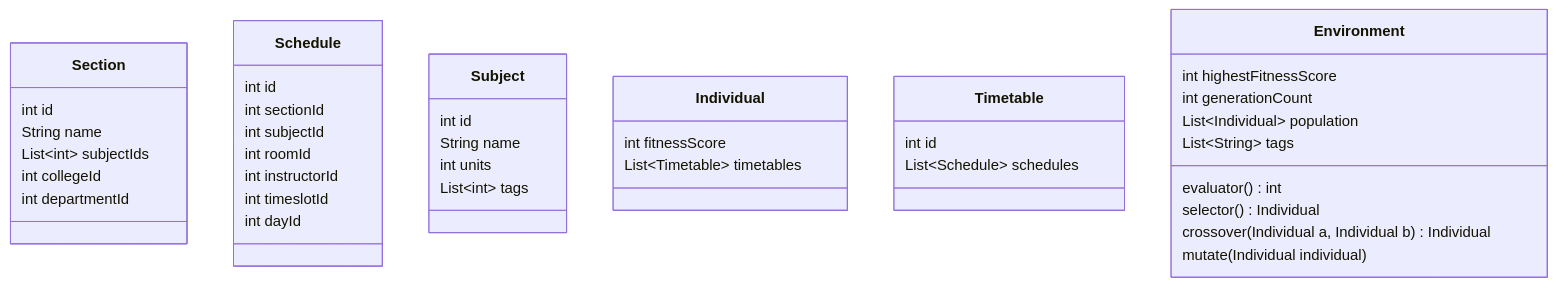
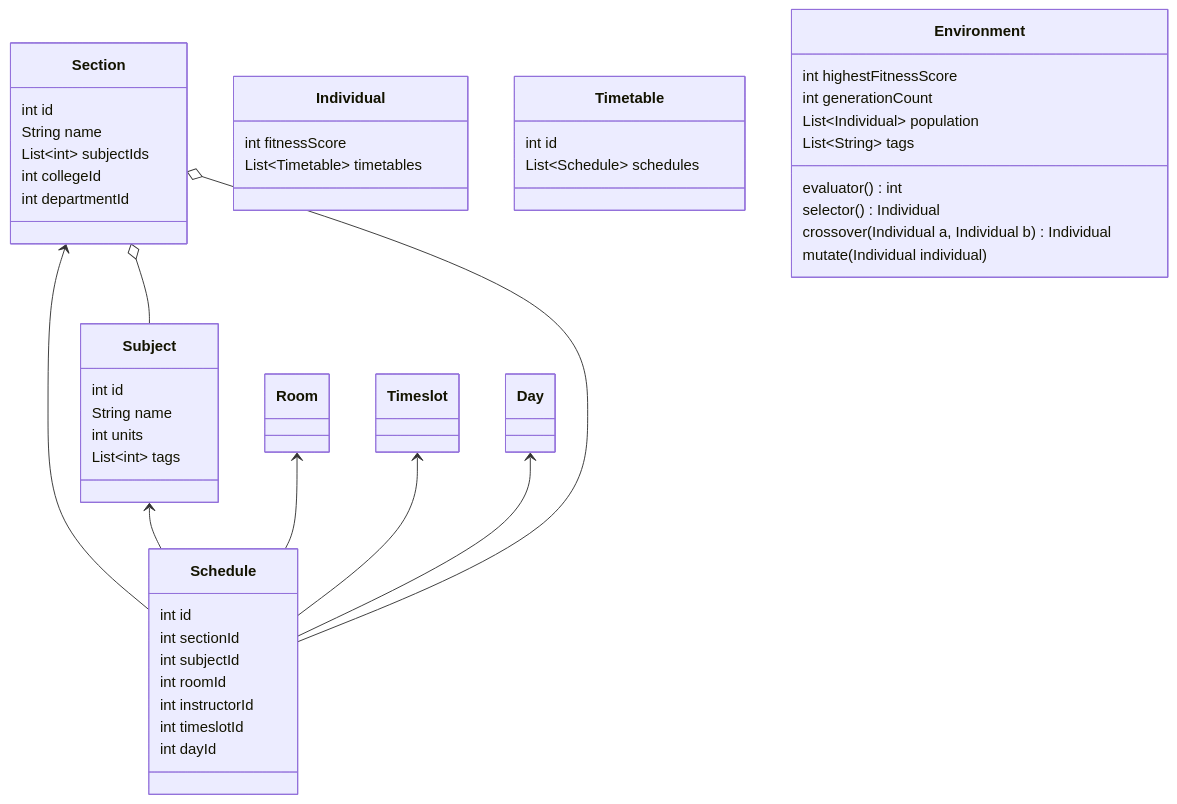
Before and after one commit to marcbentoy/uctg: the second of 2 diagrams in README.md, drawn with Mermaid.

Commit message:
update: readme

````diff
--- a/README.md
+++ b/README.md
@@ -20,50 +20,60 @@
 ```mermaid
 classDiagram
+
+Section <-- Schedule
+
+Subject <-- Schedule
+Room <-- Schedule
+Timeslot <-- Schedule
+Day <-- Schedule
+
+Section o-- Subject
+Section o-- Schedule
 
 class Section {
     int id
     String name
     List~int~ subjectIds
     int collegeId
     int departmentId
 }
 
 class Schedule { 
     int id
     int sectionId
     int subjectId
     int roomId
     int instructorId 
     int timeslotId
     int dayId
 }
 
 class Subject {
     int id
     String name
     int units
     List~int~ tags
 }
 
 class Individual {
     int fitnessScore
     List~Timetable~ timetables
 }
 
 class Timetable {
     int id
     List~Schedule~ schedules
 }
 
 class Environment {
     int highestFitnessScore
     int generationCount
     List~Individual~ population
     List~String~ tags
 
     evaluator() int
     selector() Individual
     crossover(Individual a, Individual b) Individual
     mutate(Individual individual)
 }
 ```
````
